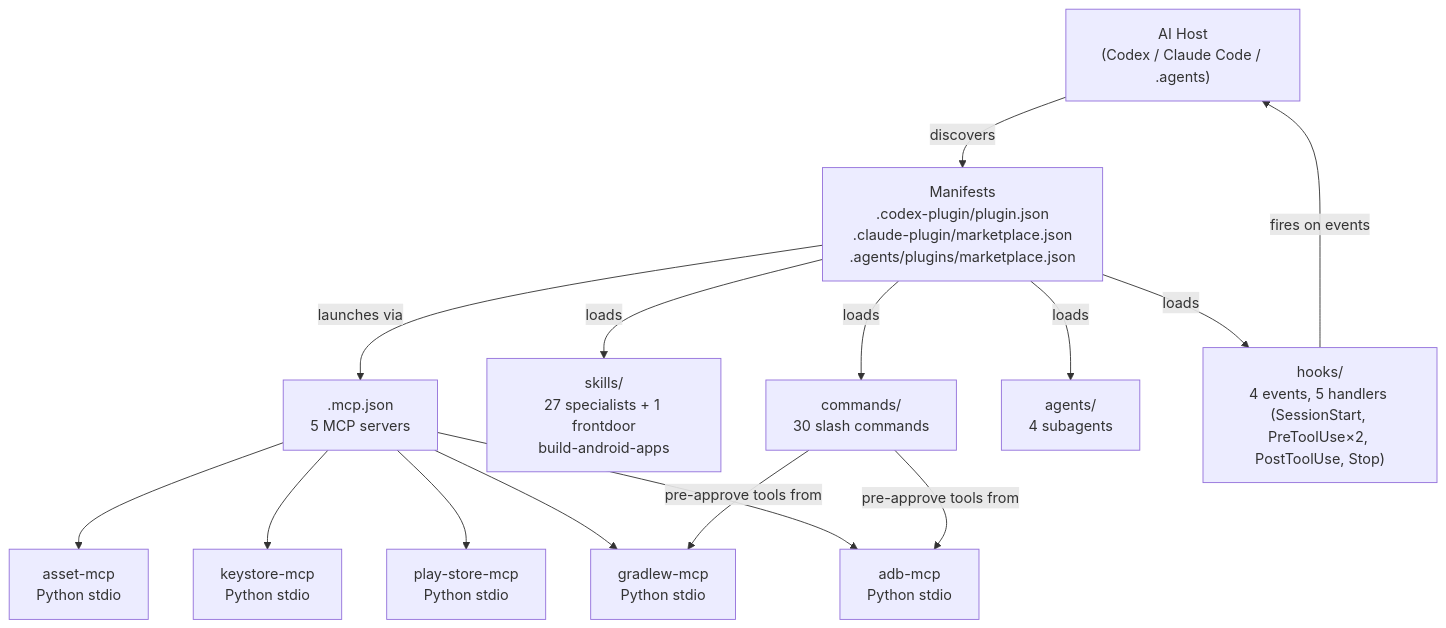
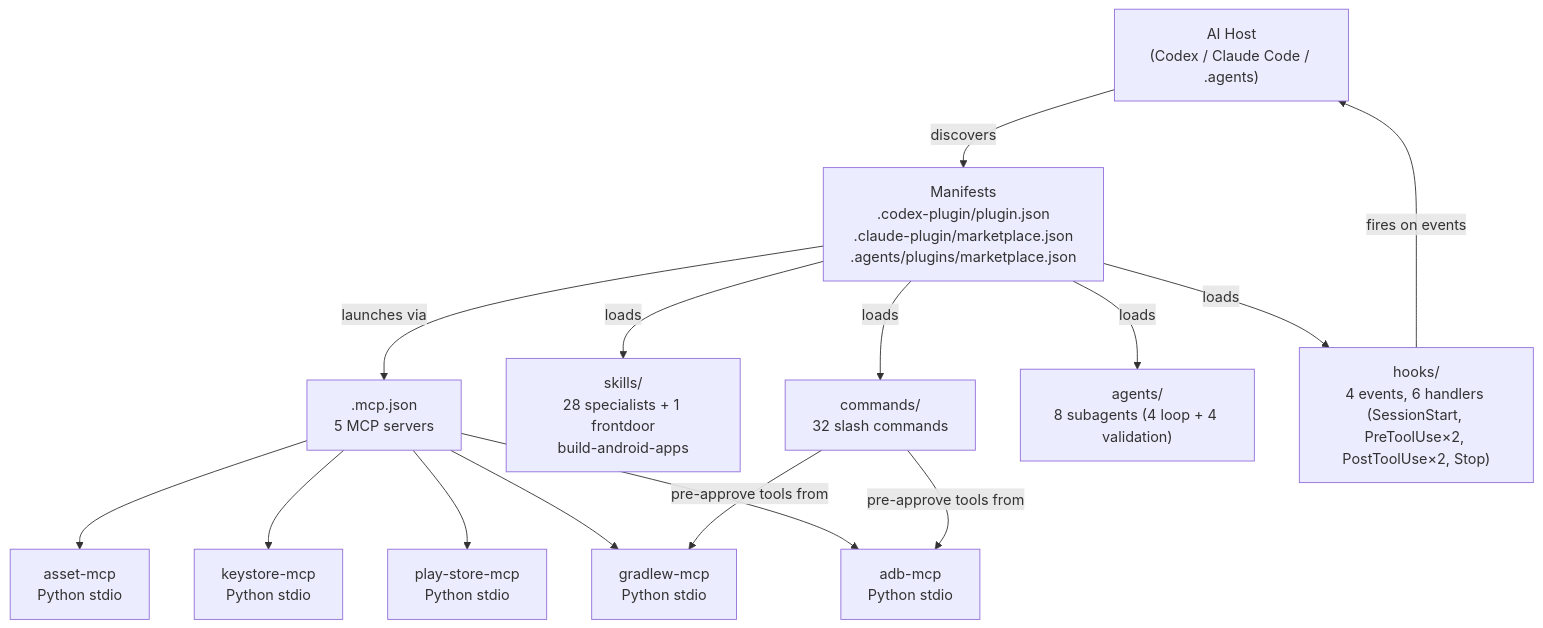
One commit to mitunmanav/build-android-apps changed the diagram in docs/ARCHITECTURE.md. Above: the diagram before and after it, drawn with Mermaid. The commit also changed other lines of this file and 63 other files, not shown here.

````diff
--- a/docs/ARCHITECTURE.md
+++ b/docs/ARCHITECTURE.md
@@ -3,30 +3,30 @@
 ```mermaid
 graph TB
     Host["AI Host<br/>(Codex / Claude Code / .agents)"]
     Manifests["Manifests<br/>.codex-plugin/plugin.json<br/>.claude-plugin/marketplace.json<br/>.agents/plugins/marketplace.json"]
     MCP[".mcp.json<br/>5 MCP servers"]
-    Skills["skills/<br/>27 specialists + 1 frontdoor<br/>build-android-apps"]
-    Cmds["commands/<br/>30 slash commands"]
-    Agents["agents/<br/>4 subagents"]
-    Hooks["hooks/<br/>4 events, 5 handlers (SessionStart, PreToolUse×2, PostToolUse, Stop)"]
+    Skills["skills/<br/>28 specialists + 1 frontdoor<br/>build-android-apps"]
+    Cmds["commands/<br/>32 slash commands"]
+    Agents["agents/<br/>8 subagents (4 loop + 4 validation)"]
+    Hooks["hooks/<br/>4 events, 6 handlers (SessionStart, PreToolUse×2, PostToolUse×2, Stop)"]
     adb_mcp["adb-mcp<br/>Python stdio"]
     gradlew_mcp["gradlew-mcp<br/>Python stdio"]
     play_store_mcp["play-store-mcp<br/>Python stdio"]
     keystore_mcp["keystore-mcp<br/>Python stdio"]
     asset_mcp["asset-mcp<br/>Python stdio"]
 
     Host -->|discovers| Manifests
     Manifests -->|loads| Skills
     Manifests -->|loads| Cmds
     Manifests -->|loads| Agents
     Manifests -->|loads| Hooks
     Manifests -->|launches via| MCP
     MCP --> adb_mcp
     MCP --> gradlew_mcp
     MCP --> play_store_mcp
     MCP --> keystore_mcp
     MCP --> asset_mcp
     Cmds -->|pre-approve tools from| adb_mcp
     Cmds -->|pre-approve tools from| gradlew_mcp
     Hooks -->|fires on events| Host
 ```
````
